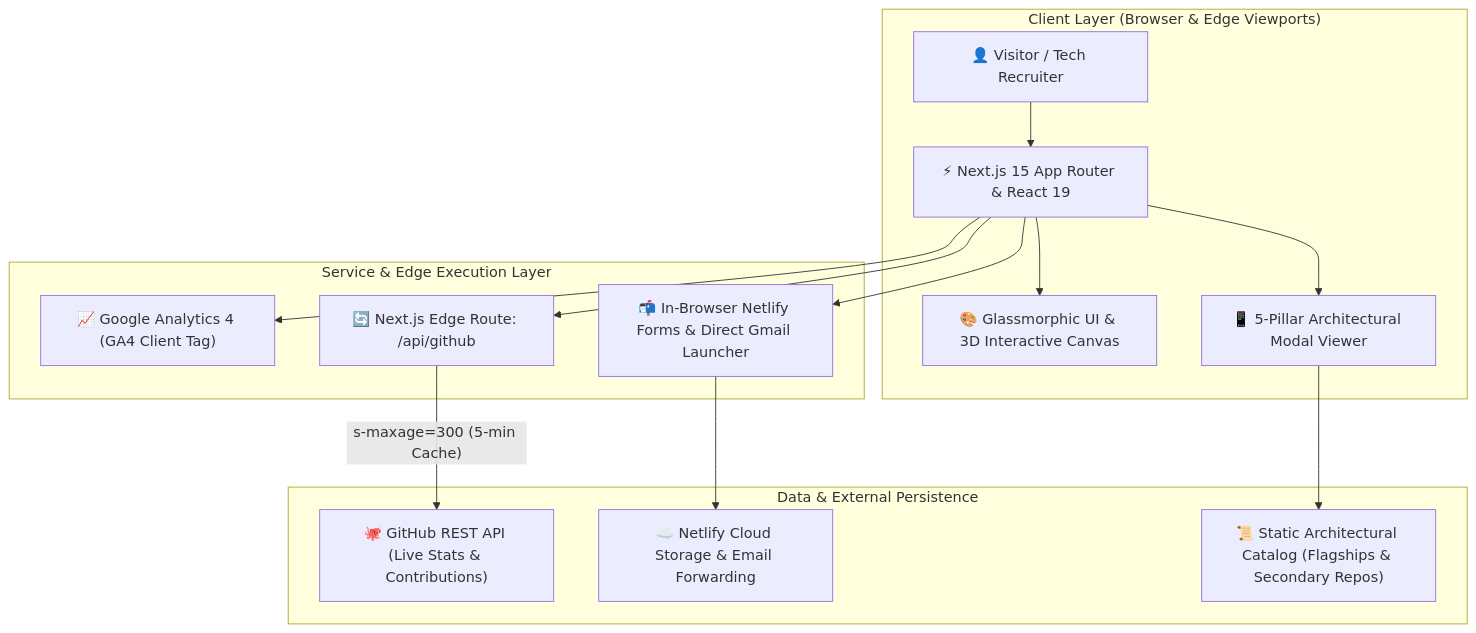
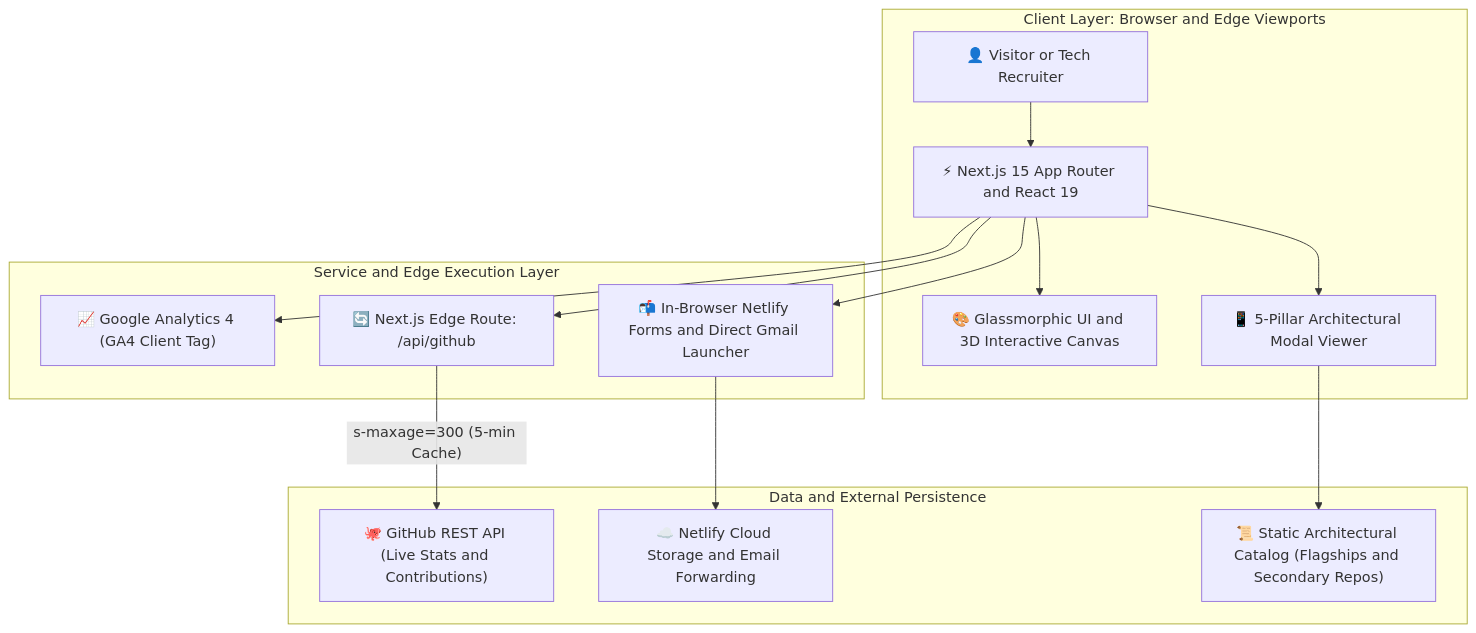
The diagram in README.md (SriniwasAwasthi/sriniwas-awasthi-portfolio), drawn with Mermaid before and after one commit. The commit also changed 2 other files, not shown here.

Commit message:
fix(netlify): enable native Next.js 15 runtime, pin Node 20 in .nvmrc, and harden Mermaid architecture diagram

````diff
--- a/README.md
+++ b/README.md
@@ -88,20 +88,20 @@
 ```mermaid
 flowchart TD
-    subgraph Client_Layer ["Client Layer (Browser & Edge Viewports)"]
-        A["👤 Visitor / Tech Recruiter"] --> B["⚡ Next.js 15 App Router & React 19"]
-        B --> C["🎨 Glassmorphic UI & 3D Interactive Canvas"]
+    subgraph Client_Layer ["Client Layer: Browser and Edge Viewports"]
+        A["👤 Visitor or Tech Recruiter"] --> B["⚡ Next.js 15 App Router and React 19"]
+        B --> C["🎨 Glassmorphic UI and 3D Interactive Canvas"]
         B --> D["📱 5-Pillar Architectural Modal Viewer"]
     end
 
-    subgraph Service_Layer ["Service & Edge Execution Layer"]
+    subgraph Service_Layer ["Service and Edge Execution Layer"]
         B --> E["📈 Google Analytics 4 (GA4 Client Tag)"]
-        B --> F["📬 In-Browser Netlify Forms & Direct Gmail Launcher"]
+        B --> F["📬 In-Browser Netlify Forms and Direct Gmail Launcher"]
         B --> G["🔄 Next.js Edge Route: /api/github"]
     end
 
-    subgraph Data_Layer ["Data & External Persistence"]
-        G -->|"s-maxage=300 (5-min Cache)"| H["🐙 GitHub REST API (Live Stats & Contributions)"]
-        F --> I["☁️ Netlify Cloud Storage & Email Forwarding"]
-        D --> J["📜 Static Architectural Catalog (Flagships & Secondary Repos)"]
+    subgraph Data_Layer ["Data and External Persistence"]
+        G -- "s-maxage=300 (5-min Cache)" --> H["🐙 GitHub REST API (Live Stats and Contributions)"]
+        F --> I["☁️ Netlify Cloud Storage and Email Forwarding"]
+        D --> J["📜 Static Architectural Catalog (Flagships and Secondary Repos)"]
     end
 ```
````
